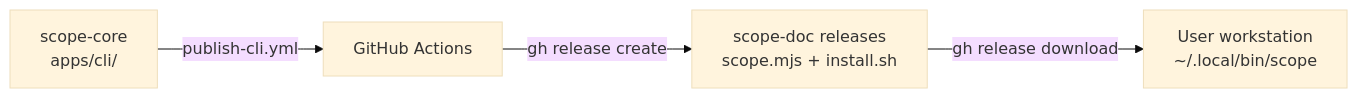
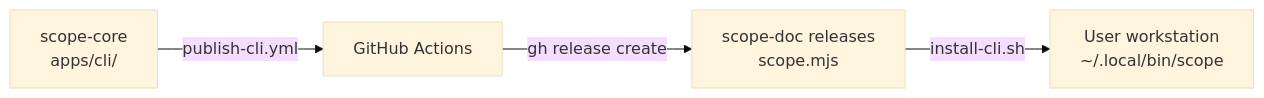
Before and after one commit to Gile987/scope: the diagram in docs/architecture/cli-distribution.md, drawn with Mermaid (base theme). The commit also changed other lines of this file and 5 other files, not shown here.

First line of the commit message:
fix: use cli/v* tagged releases for install and update (#941)

````diff
--- a/docs/architecture/cli-distribution.md
+++ b/docs/architecture/cli-distribution.md
@@ -9,6 +9,6 @@
 ```mermaid
 flowchart LR
     A[scope-core<br/>apps/cli/] -->|publish-cli.yml| B[GitHub Actions]
-    B -->|gh release create| C[scope-doc releases<br/>scope.mjs + install.sh]
-    C -->|gh release download| D[User workstation<br/>~/.local/bin/scope]
+    B -->|gh release create| C[scope-doc releases<br/>scope.mjs]
+    C -->|install-cli.sh| D[User workstation<br/>~/.local/bin/scope]
 ```
````
